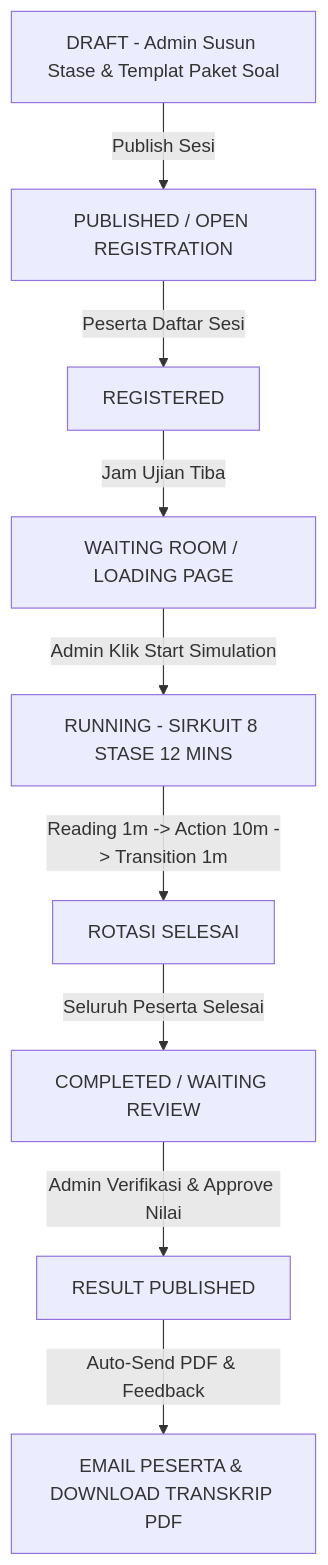
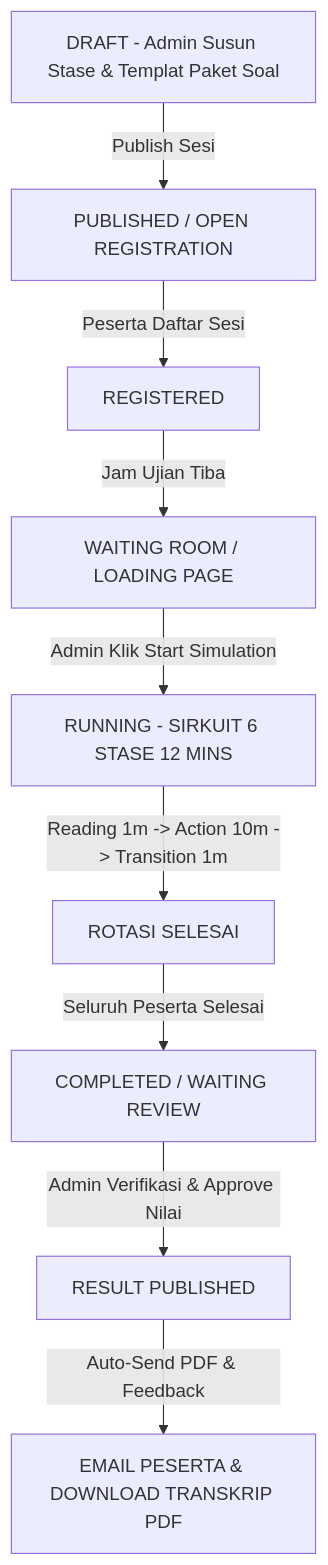
One commit to JurisDataNerd/medskill-osce changed the diagram in OSCE.md. Above: the diagram before and after it, drawn with Mermaid. The commit also changed other lines of this file and 63 other files, not shown here.

Commit message:
feat: initialize OSCE application core with Supabase database schema, migration scripts, and frontend administrative management modules

````diff
--- a/OSCE.md
+++ b/OSCE.md
@@ -118,11 +118,11 @@
 ```mermaid
 graph TD
     A[DRAFT - Admin Susun Stase & Templat Paket Soal] -->|Publish Sesi| B[PUBLISHED / OPEN REGISTRATION]
     B -->|Peserta Daftar Sesi| C[REGISTERED]
     C -->|Jam Ujian Tiba| D[WAITING ROOM / LOADING PAGE]
-    D -->|Admin Klik Start Simulation| E[RUNNING - SIRKUIT 8 STASE 12 MINS]
+    D -->|Admin Klik Start Simulation| E[RUNNING - SIRKUIT 6 STASE 12 MINS]
     E -->|Reading 1m -> Action 10m -> Transition 1m| F[ROTASI SELESAI]
     F -->|Seluruh Peserta Selesai| G[COMPLETED / WAITING REVIEW]
     G -->|Admin Verifikasi & Approve Nilai| H[RESULT PUBLISHED]
     H -->|Auto-Send PDF & Feedback| I[EMAIL PESERTA & DOWNLOAD TRANSKRIP PDF]
 ```
````
